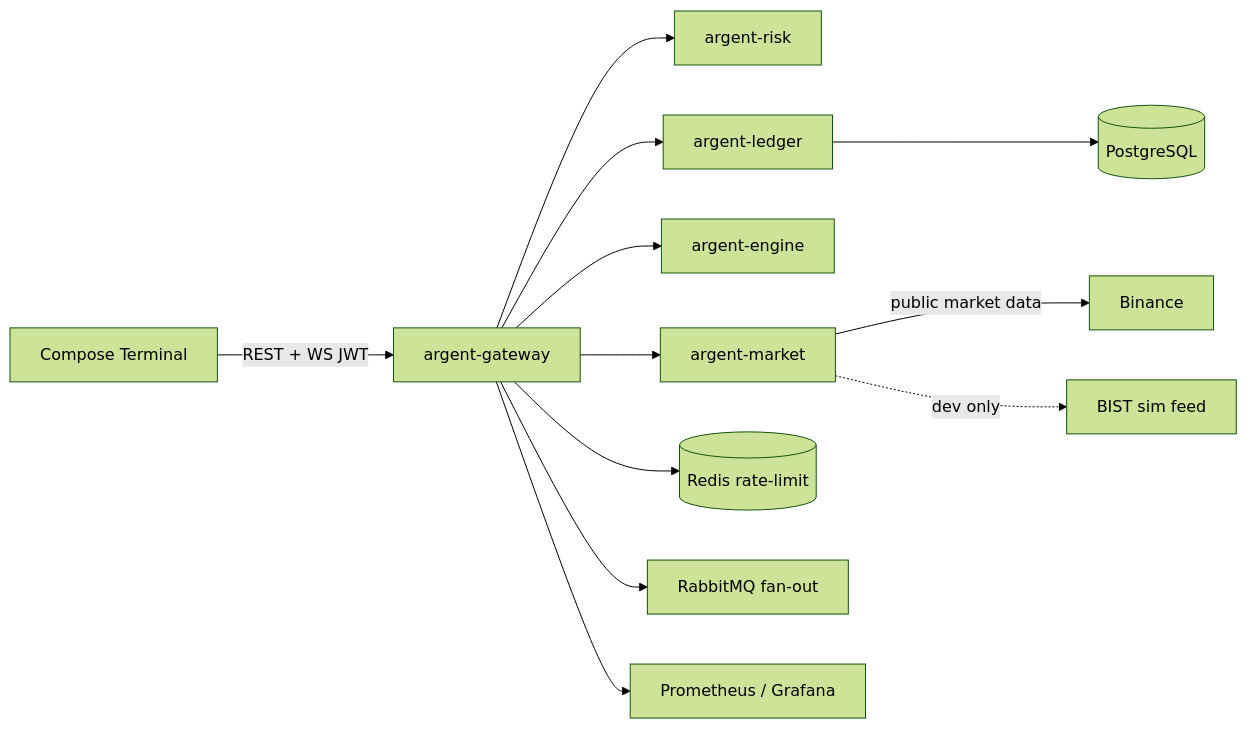
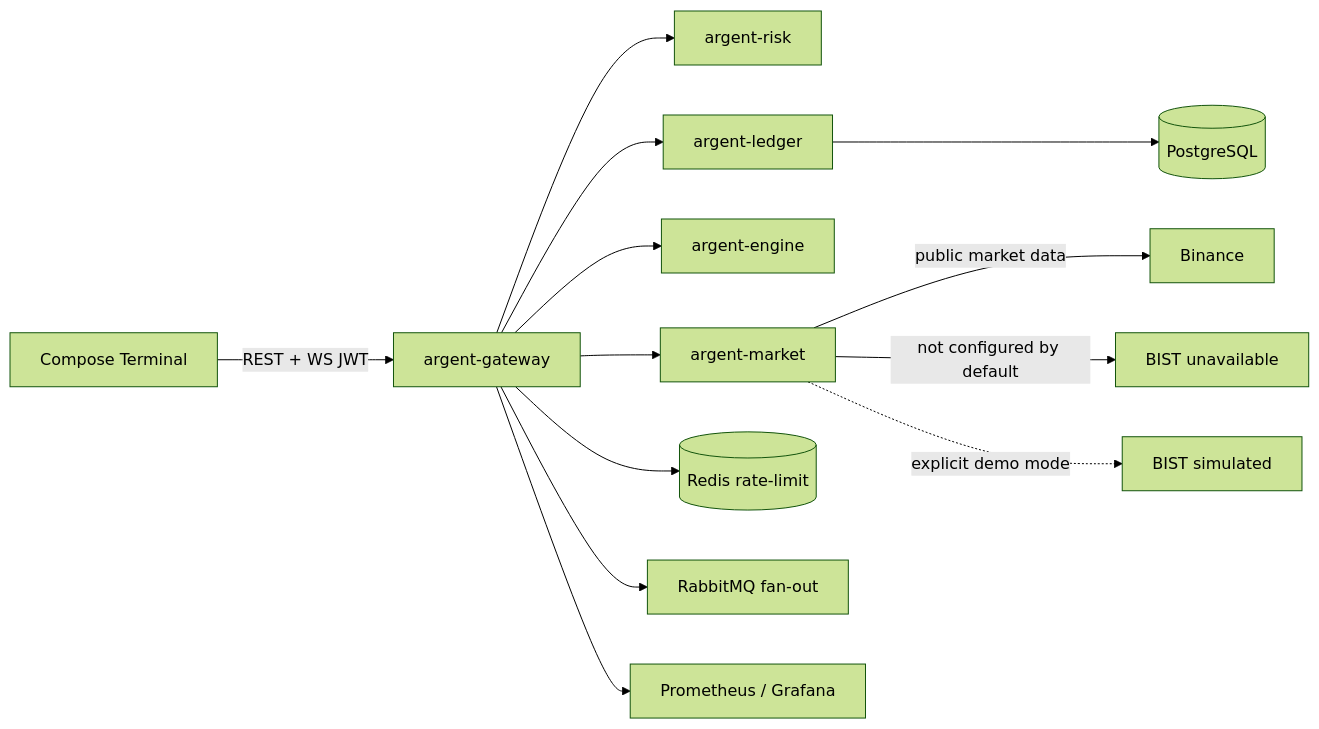
Before and after one commit to nuranferhan/argent: the diagram in README.md, drawn with Mermaid (forest theme). The commit also changed other lines of this file and 18 other files, not shown here.

````diff
--- a/README.md
+++ b/README.md
@@ -126,14 +132,15 @@
 ```mermaid
 flowchart LR
   T[Compose Terminal] -->|REST + WS JWT| G[argent-gateway]
   G --> R[argent-risk]
   G --> L[argent-ledger]
   G --> E[argent-engine]
   G --> M[argent-market]
   M -->|public market data| B[Binance]
-  M -. dev only .-> BIST[BIST sim feed]
+  M -->|not configured by default| BIST[BIST unavailable]
+  M -. explicit demo mode .-> SIM[BIST simulated]
   L --> PG[(PostgreSQL)]
   G --> RD[(Redis rate-limit)]
   G --> AMQP[RabbitMQ fan-out]
   G --> Prom[Prometheus / Grafana]
 ```
````
